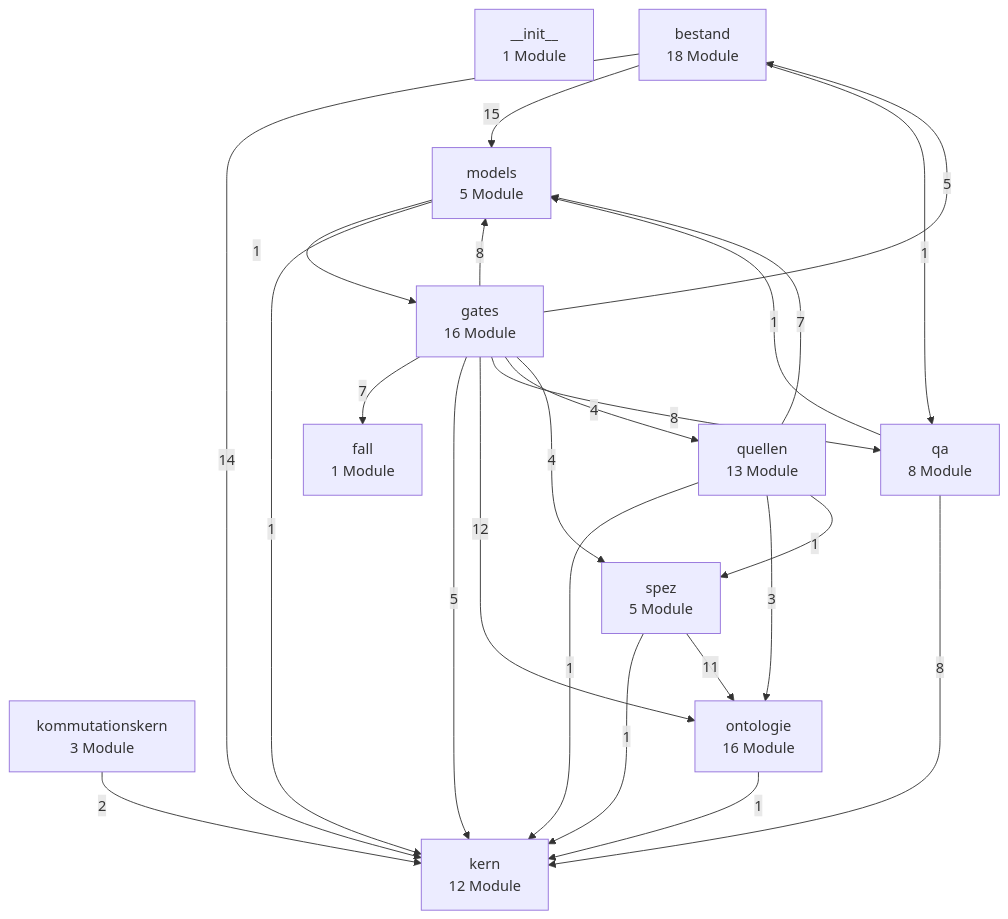
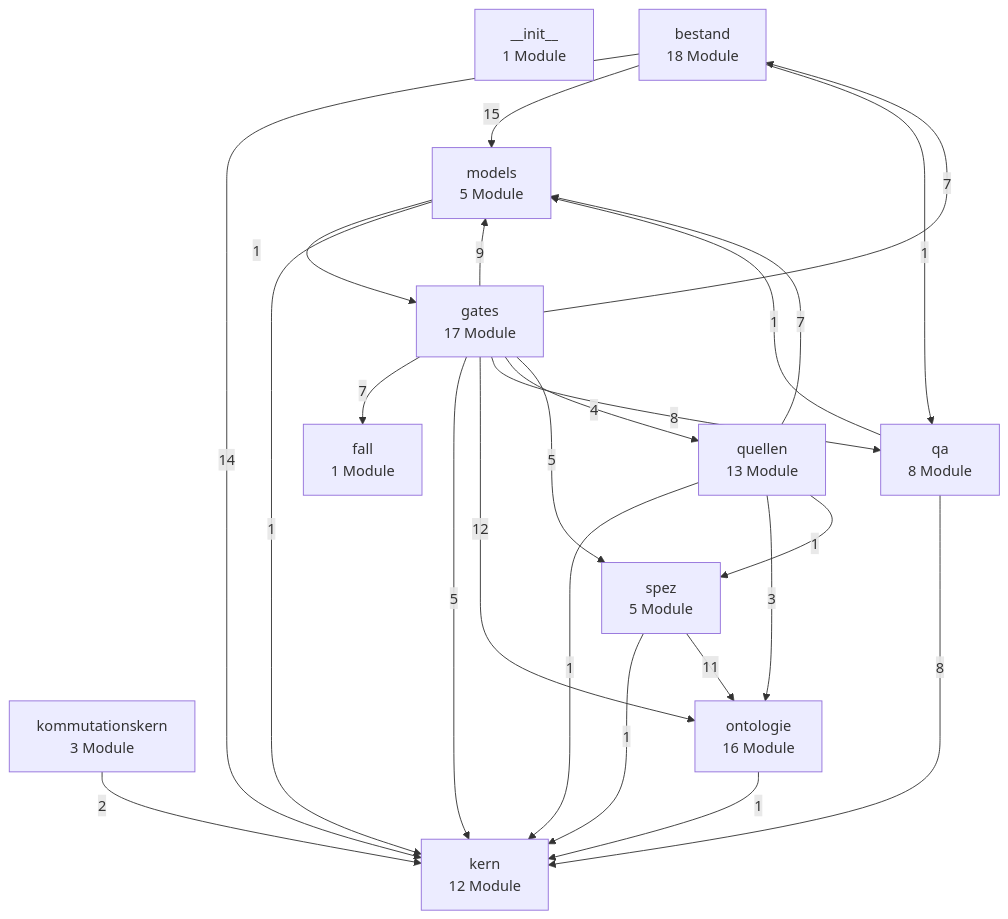
Before and after one commit to bartlmac/rechner-pipeline: the first of 3 diagrams in docs/architektur/landkarte.md, drawn with Mermaid. The commit also changed other lines of this file and 7 other files, not shown here.

````diff
--- a/docs/architektur/landkarte.md
+++ b/docs/architektur/landkarte.md
@@ -27,38 +27,38 @@
 ```mermaid
 %% Schichten — erzeugt von ontologie.landkarte
 flowchart TD
     n__init__["__init__<br/>1 Module"]
     bestand["bestand<br/>18 Module"]
     fall["fall<br/>1 Module"]
-    gates["gates<br/>16 Module"]
+    gates["gates<br/>17 Module"]
     kern["kern<br/>12 Module"]
     kommutationskern["kommutationskern<br/>3 Module"]
     models["models<br/>5 Module"]
     ontologie["ontologie<br/>16 Module"]
     qa["qa<br/>8 Module"]
     quellen["quellen<br/>13 Module"]
     spez["spez<br/>5 Module"]
     bestand -- 14 --> kern
     bestand -- 15 --> models
     bestand -- 1 --> qa
-    gates -- 5 --> bestand
+    gates -- 7 --> bestand
     gates -- 7 --> fall
     gates -- 5 --> kern
-    gates -- 8 --> models
+    gates -- 9 --> models
     gates -- 12 --> ontologie
     gates -- 8 --> qa
     gates -- 4 --> quellen
-    gates -- 4 --> spez
+    gates -- 5 --> spez
     kommutationskern -- 2 --> kern
     models -- 1 --> gates
     models -- 1 --> kern
     ontologie -- 1 --> kern
     qa -- 8 --> kern
     qa -- 1 --> models
     quellen -- 1 --> kern
     quellen -- 7 --> models
     quellen -- 3 --> ontologie
     quellen -- 1 --> spez
     spez -- 1 --> kern
     spez -- 11 --> ontologie
 ```
````
